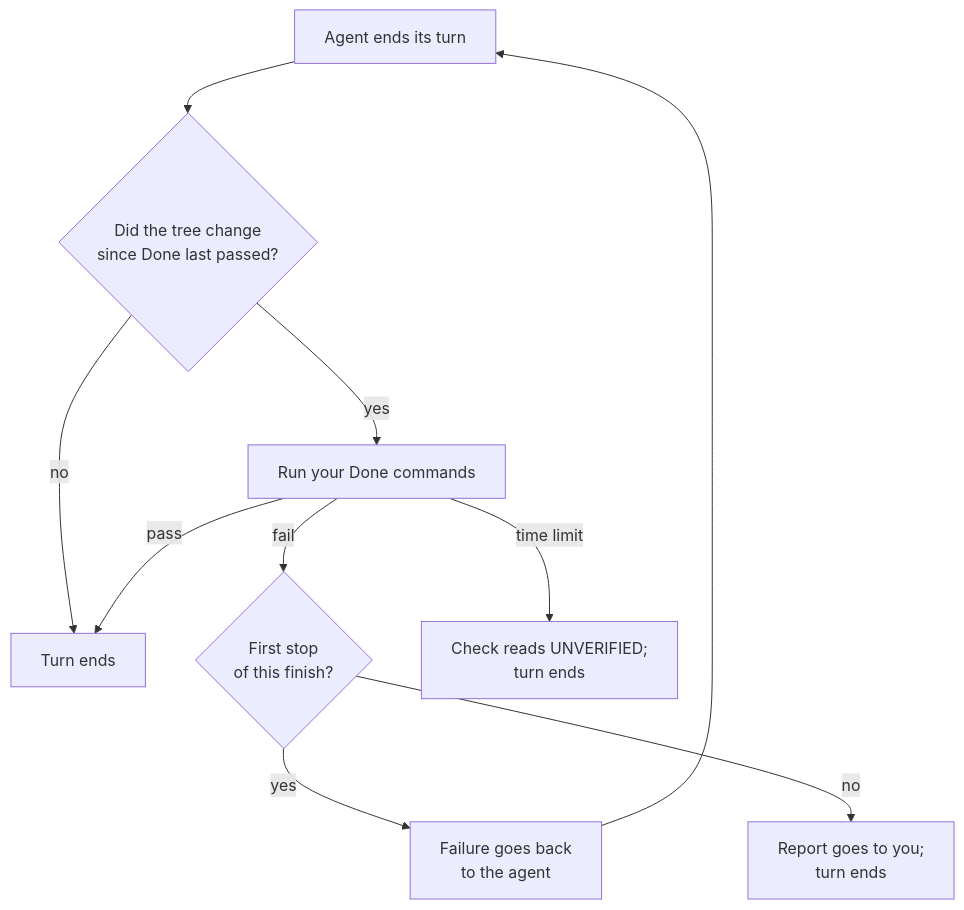
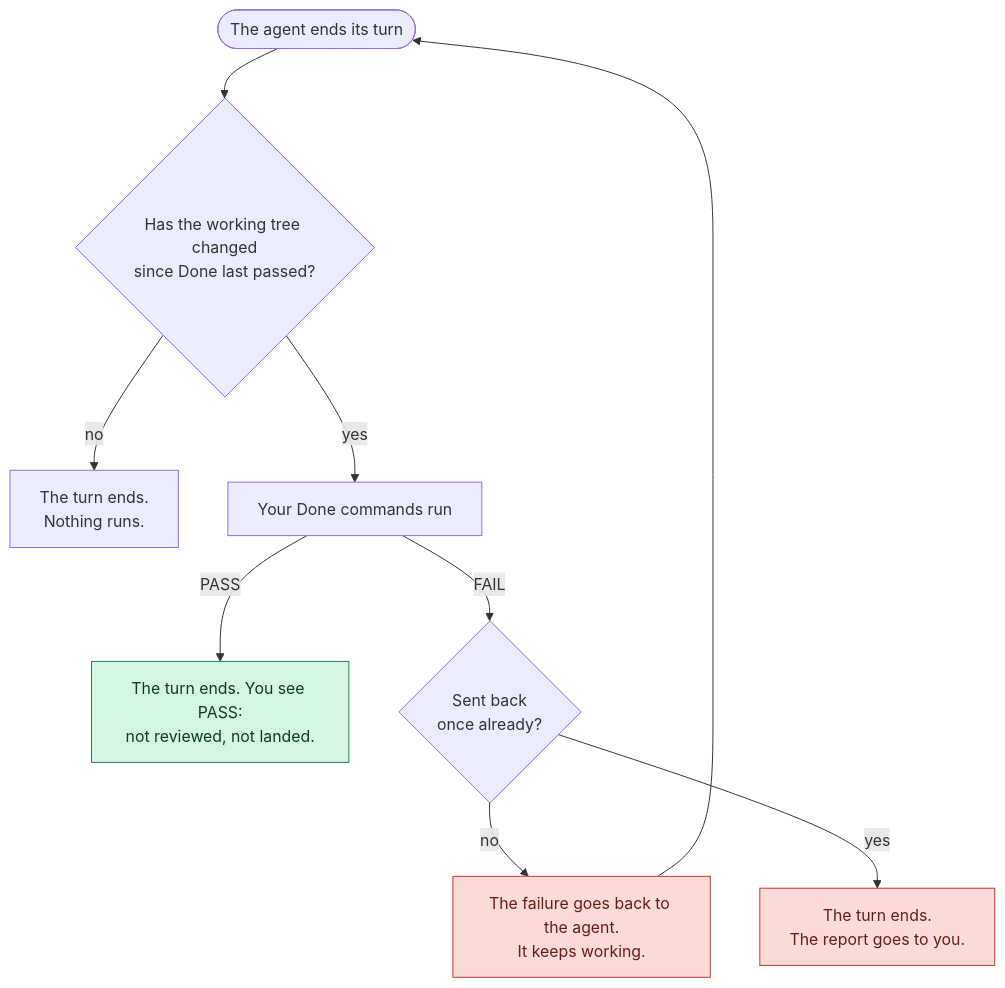
The first of 2 diagrams in README.md (rajasdevel/outcomebound), drawn with Mermaid before and after one commit. The commit also changed other lines of this file, not shown here.

Commit message:
README: story-first rewrite, two diagrams of real mechanisms

````diff
--- a/README.md
+++ b/README.md
@@ -197,12 +138,15 @@
 ```mermaid
 flowchart TD
-    S["Agent ends its turn"] --> Q{"Did the tree change<br/>since Done last passed?"}
-    Q -- no --> E["Turn ends"]
-    Q -- yes --> R["Run your Done commands"]
-    R -- pass --> E
-    R -- fail --> G{"First stop<br/>of this finish?"}
-    G -- yes --> H["Failure goes back<br/>to the agent"]
-    H --> S
-    G -- no --> P["Report goes to you;<br/>turn ends"]
-    R -- "time limit" --> U["Check reads UNVERIFIED;<br/>turn ends"]
+    turn(["The agent ends its turn"]) --> changed{"Has the working tree changed<br/>since Done last passed?"}
+    changed -- no --> idle["The turn ends.<br/>Nothing runs."]
+    changed -- yes --> cmds["Your Done commands run"]
+    cmds -- PASS --> pass["The turn ends. You see PASS:<br/>not reviewed, not landed."]
+    cmds -- FAIL --> retry{"Sent back<br/>once already?"}
+    retry -- no --> back["The failure goes back to the agent.<br/>It keeps working."]
+    back --> turn
+    retry -- yes --> report["The turn ends.<br/>The report goes to you."]
+    classDef ok fill:#d5f5e3,stroke:#1e8449,color:#0b3d1f
+    classDef bad fill:#fadbd8,stroke:#c0392b,color:#641e16
+    class pass ok
+    class back,report bad
 ```
````
